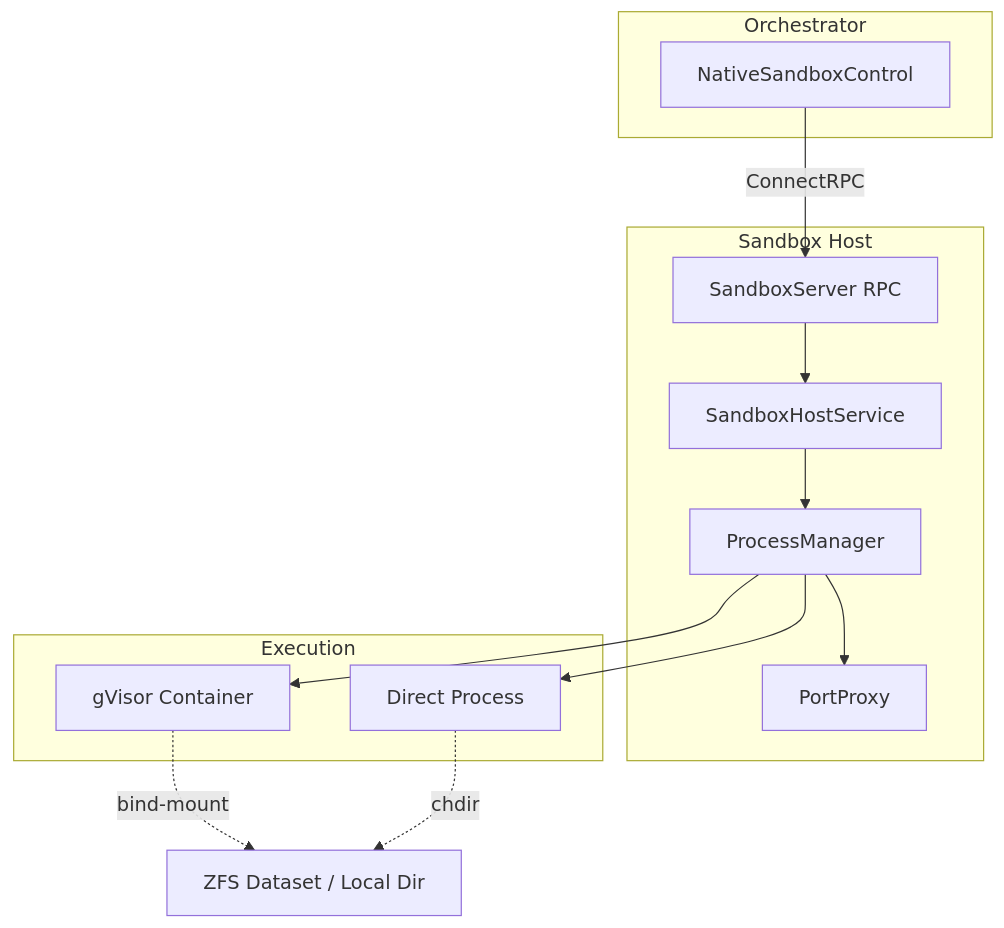
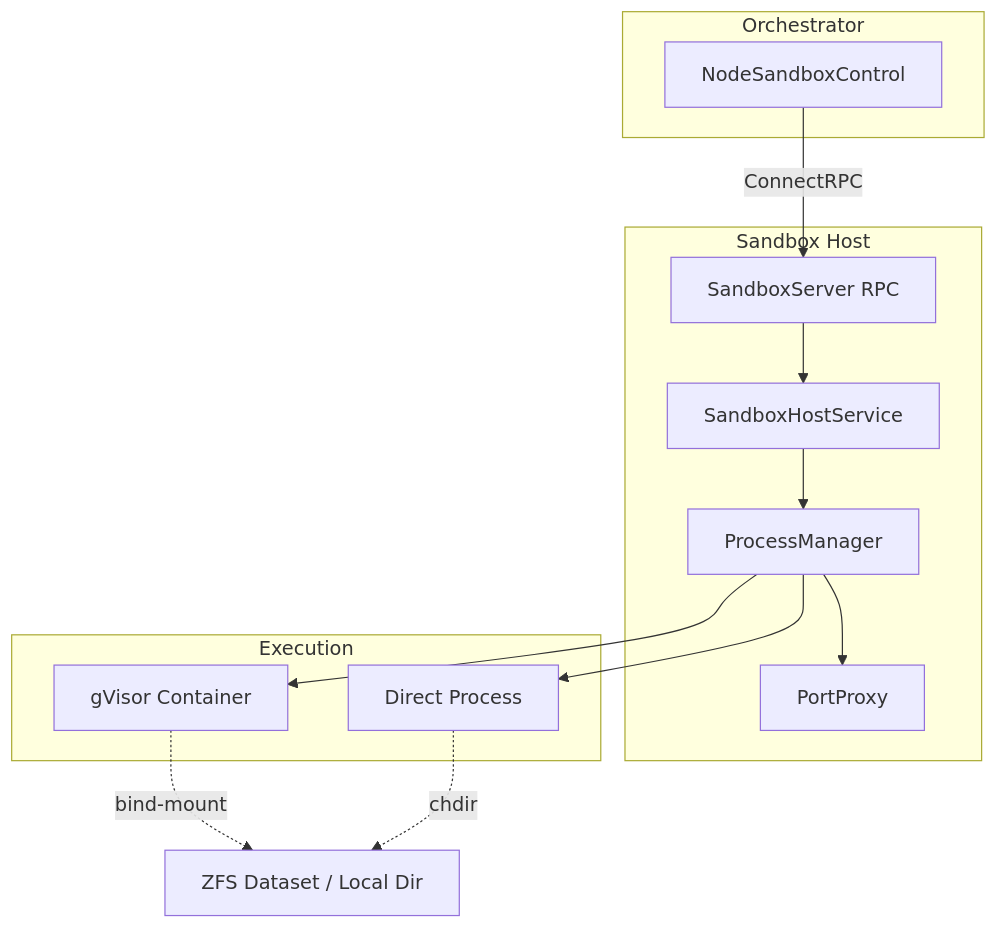
One commit to dcosson/flex-agent-runtime changed the first of 3 diagrams in docs/plans/11-sandbox-host-service.add03.md. Above: the diagram before and after it, drawn with Mermaid. The commit also changed other lines of this file and 12 other files, not shown here.

First line of the commit message:
Rename NativeSandboxControl to NodeSandboxControl

````diff
--- a/docs/plans/11-sandbox-host-service.add03.md
+++ b/docs/plans/11-sandbox-host-service.add03.md
@@ -36,27 +36,27 @@
 ```mermaid
 graph TD
     subgraph "Orchestrator"
-        SC[NativeSandboxControl]
+        SC[NodeSandboxControl]
     end
 
     subgraph "Sandbox Host"
         SS[SandboxServer RPC]
         SHS[SandboxHostService]
         PM[ProcessManager]
         PP[PortProxy]
     end
 
     subgraph "Execution"
         GV[gVisor Container]
         DP[Direct Process]
     end
 
     SC -->|ConnectRPC| SS
     SS --> SHS
     SHS --> PM
     PM --> GV
     PM --> DP
     PM --> PP
     GV -.->|bind-mount| ZFS[ZFS Dataset / Local Dir]
     DP -.->|chdir| ZFS
 ```
````
